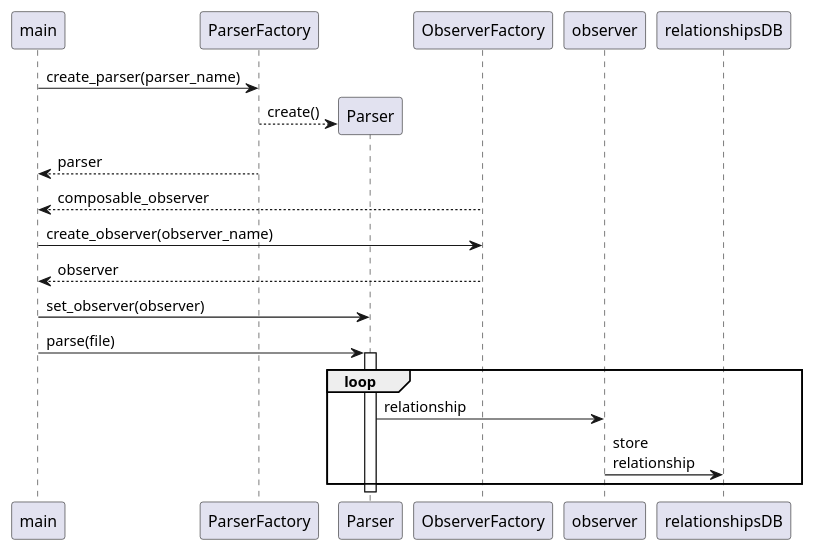
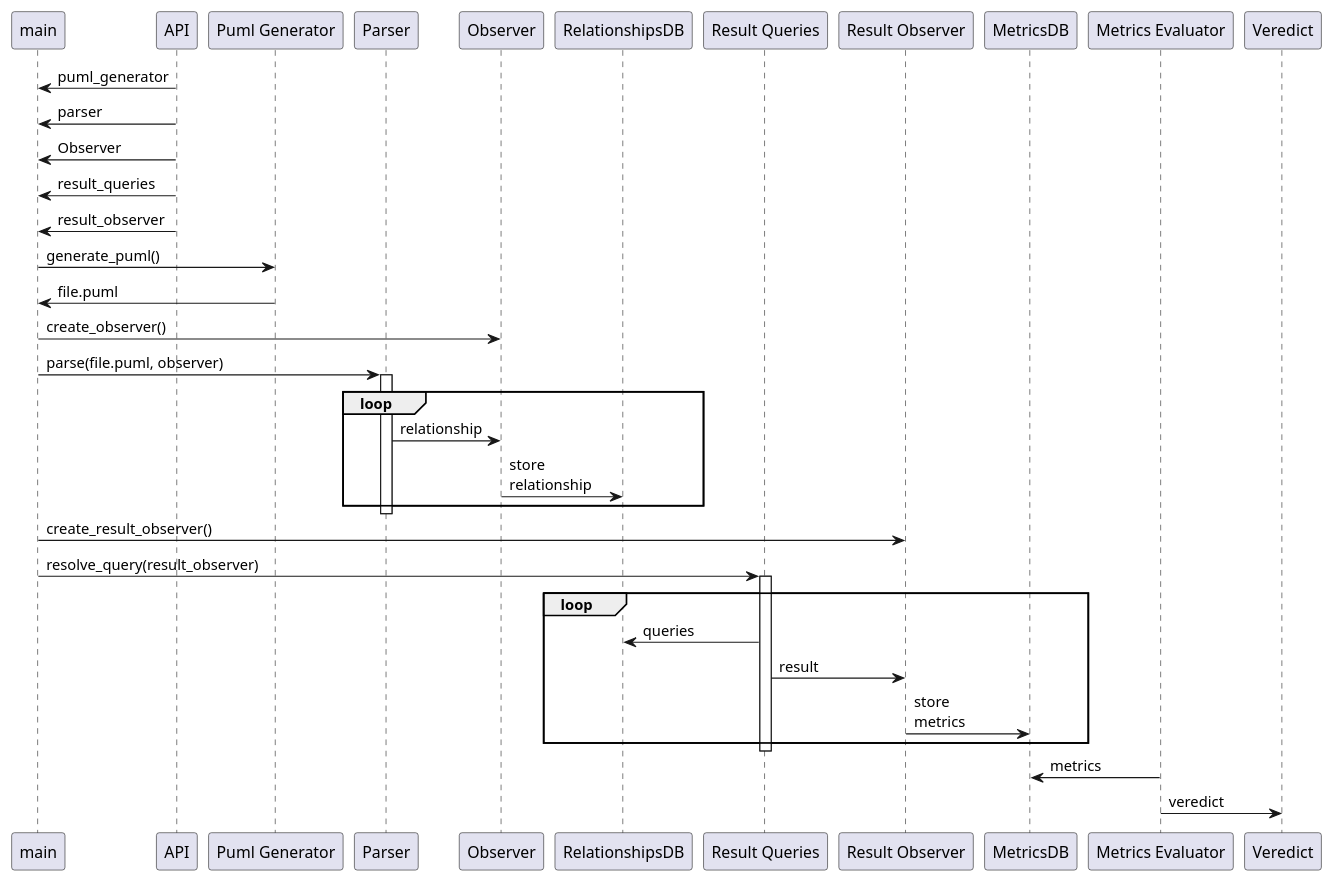
Before and after one commit to GonzaloGarciaZurlo/CodeDesignDeltaEvaluator: the diagram in Desing/SequenceDiagranRelationship.plantuml, drawn with PlantUML. The commit also changed 6 other files, not shown here.

```diff
--- a/Desing/SequenceDiagranRelationship.plantuml
+++ b/Desing/SequenceDiagranRelationship.plantuml
@@ -1,24 +1,55 @@
 @startuml
 participant main
-participant "ParserFactory" as PF
-main -> PF: create_parser(parser_name)
-create "Parser" as Parser
-PF --> Parser: create()
+participant "API" as API
+participant "Puml Generator" as PumlGenerator
+participant "Parser" as Parser
+participant "Observer" as Observer
+participant "RelationshipsDB" as relationshipsDB
+participant "Result Queries" as ResultQueries
+participant "Result Observer" as ResultObserver
+participant "MetricsDB" as metricsDB
+participant "Metrics Evaluator" as MetricsEvaluator
+participant "Veredict" as Veredict
 
-PF --> main: parser
+API -> main: puml_generator
 
-ObserverFactory --> main: composable_observer
+API -> main: parser
 
-main -> ObserverFactory: create_observer(observer_name)
-ObserverFactory --> main: observer
+API -> main: Observer
 
-main -> Parser: set_observer(observer)
-main -> Parser: parse(file)
+API -> main: result_queries
+
+API -> main: result_observer
+
+main -> PumlGenerator: generate_puml()
+
+PumlGenerator -> main: file.puml
+
+main -> Observer: create_observer()
+
+main -> Parser: parse(file.puml, observer)
+
 activate Parser
 
 loop
-    Parser -> observer: relationship
-    observer -> relationshipsDB: store\nrelationship
+    Parser -> Observer: relationship
+    Observer -> relationshipsDB: store\nrelationship
 end
 deactivate Parser
+
+main -> ResultObserver: create_result_observer()
+main -> ResultQueries: resolve_query(result_observer)
+
+activate ResultQueries
+
+loop
+    ResultQueries -> relationshipsDB: queries
+    ResultQueries -> ResultObserver: result
+    ResultObserver -> metricsDB: store\nmetrics
+end
+deactivate ResultQueries
+
+MetricsEvaluator -> metricsDB: metrics
+MetricsEvaluator -> Veredict: veredict
+
 @enduml
```
